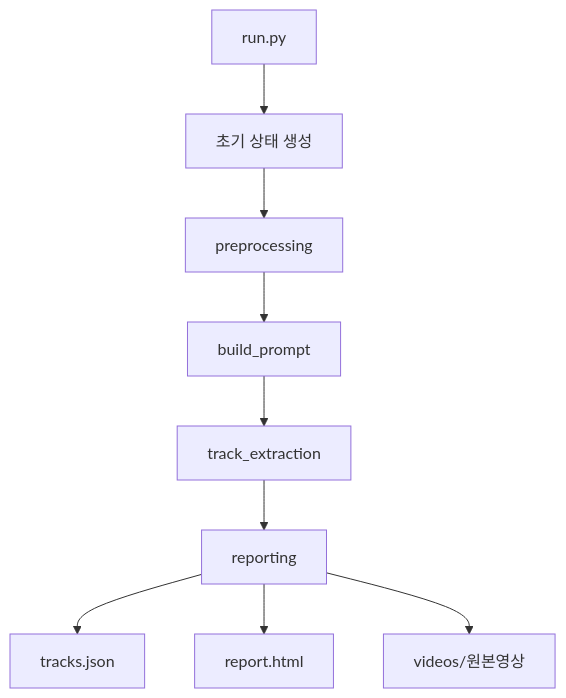
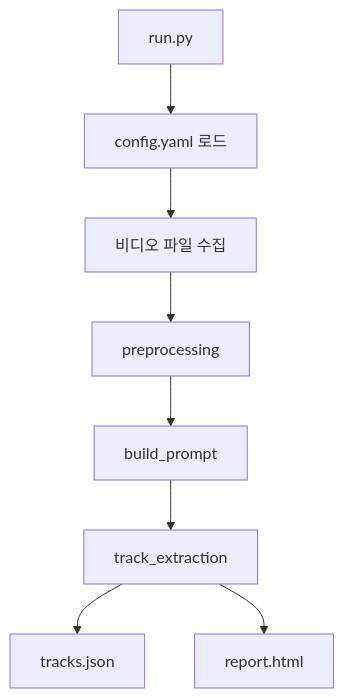
Before and after one commit to gwpark0741/v2t-pipeline: the first of 2 diagrams in README.md, drawn with Mermaid. The commit also changed other lines of this file, not shown here.

````diff
--- a/README.md
+++ b/README.md
@@ -20,11 +24,10 @@
 ```mermaid
 flowchart TD
-    A[run.py] --> B[초기 상태 생성]
-    B --> C[preprocessing]
-    C --> D[build_prompt]
-    D --> E[track_extraction]
-    E --> F[reporting]
+    A[run.py] --> B[config.yaml 로드]
+    B --> C[비디오 파일 수집]
+    C --> D[preprocessing]
+    D --> E[build_prompt]
+    E --> F[track_extraction]
     F --> G[tracks.json]
     F --> H[report.html]
-    F --> I[videos/원본영상]
 ```
````
